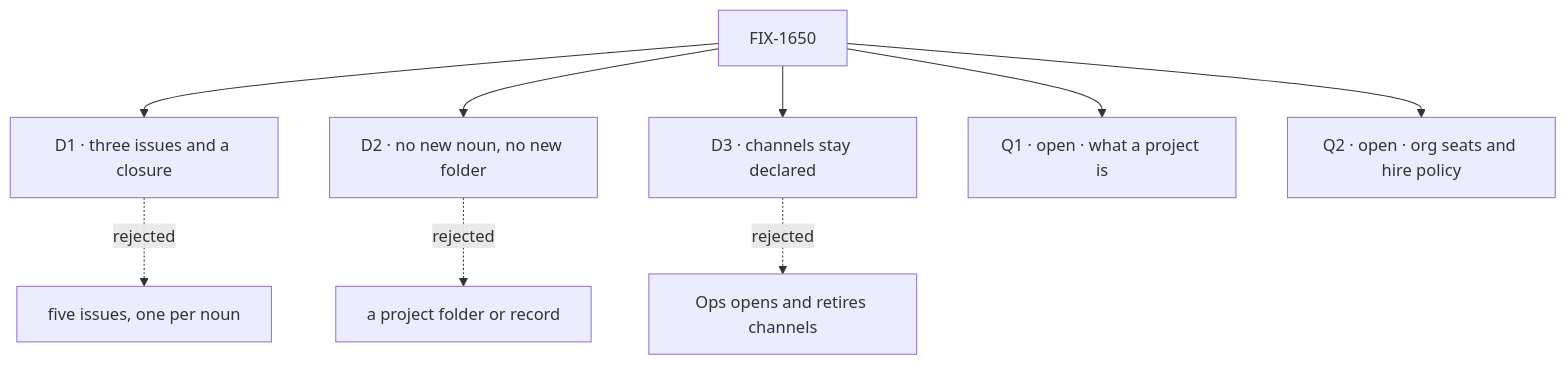
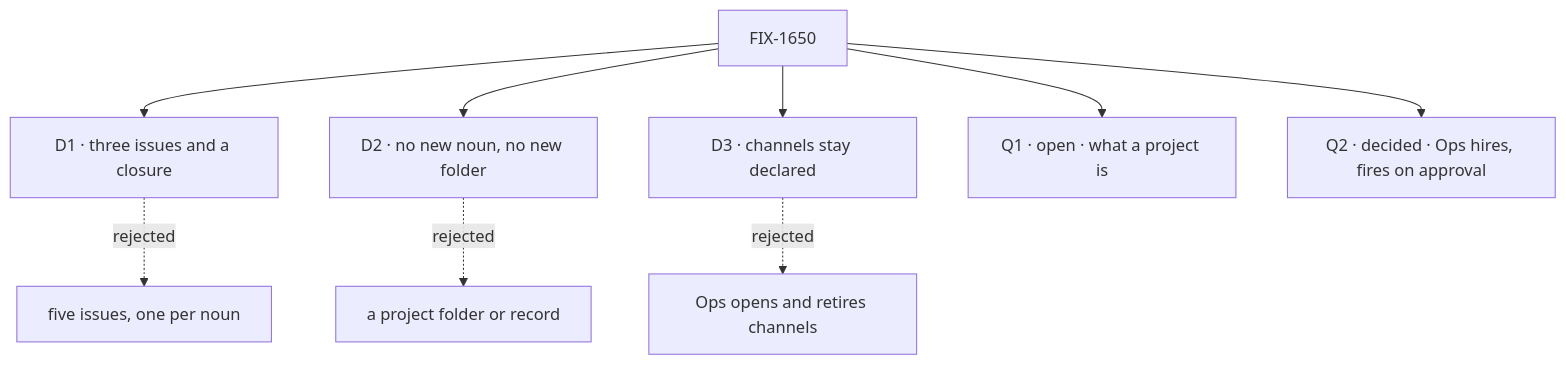
Before and after one commit to fixpoint-labs/flow-state-dev: the diagram in specs/epics/FIX-1650/DECISIONS.md, drawn with Mermaid. The commit also changed other lines of this file and 8 other files, not shown here.

First line of the commit message:
spec(epic): FIX-1650 amend — Ops hires without asking (Jake, Q2)

````diff
--- a/specs/epics/FIX-1650/DECISIONS.md
+++ b/specs/epics/FIX-1650/DECISIONS.md
@@ -14,11 +14,11 @@
 ```mermaid
 flowchart TD
   E["FIX-1650"] --> D1["D1 · three issues and a closure"]
   D1 -.->|"rejected"| X1["five issues, one per noun"]
   E --> D2["D2 · no new noun, no new folder"]
   D2 -.->|"rejected"| X2["a project folder or record"]
   E --> D3["D3 · channels stay declared"]
   D3 -.->|"rejected"| X3["Ops opens and retires channels"]
   E --> Q1["Q1 · open · what a project is"]
-  E --> Q2["Q2 · open · org seats and hire policy"]
+  E --> Q2["Q2 · decided · Ops hires, fires on approval"]
 ```
````
